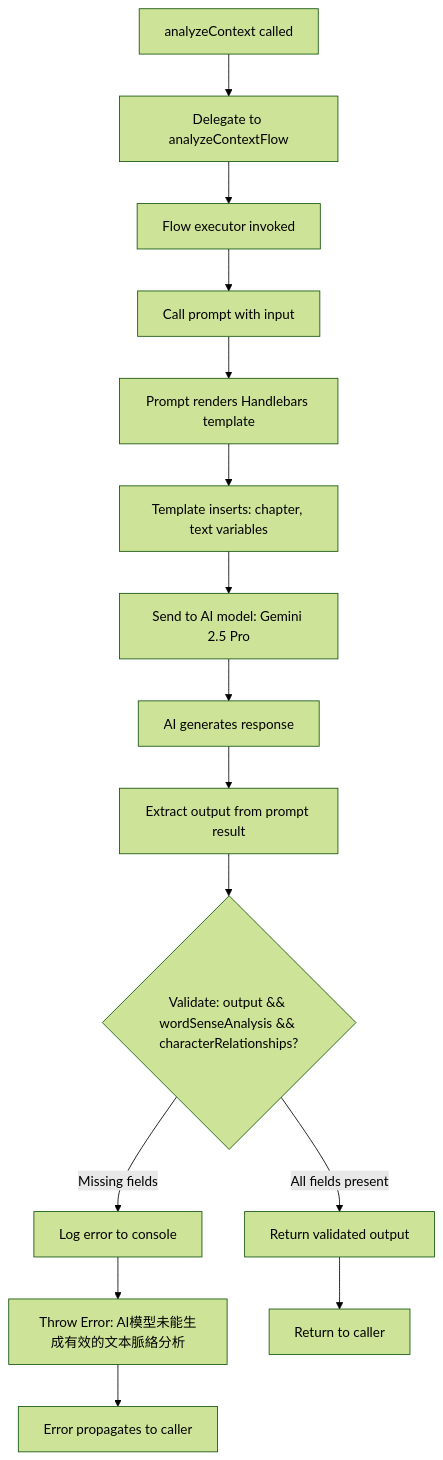
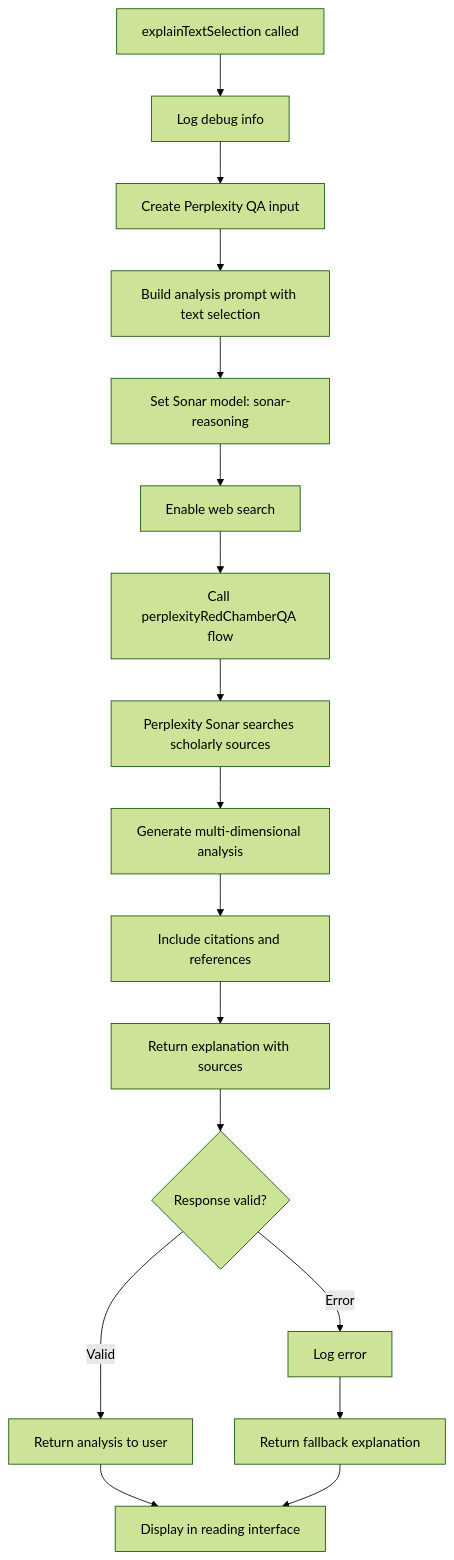
The second of 2 diagrams in docs/structure_module_infoMD/AI Flow Modules/reading-and-analysis_modules_info.md (CongJie-Pan/TheChamber_Of_RedMansion_FireBaseStudio), drawn with Mermaid (forest theme) before and after one commit. The commit also changed other lines of this file and 5 other files, not shown here.

````diff
--- a/docs/structure_module_infoMD/AI Flow Modules/reading-and-analysis_modules_info.md
+++ b/docs/structure_module_infoMD/AI Flow Modules/reading-and-analysis_modules_info.md
@@ -220,21 +189,22 @@
 ```mermaid
 flowchart TD
-    A[analyzeContext called] --> B[Delegate to analyzeContextFlow]
-    B --> C[Flow executor invoked]
-    C --> D[Call prompt with input]
-    D --> E[Prompt renders Handlebars template]
-    E --> F[Template inserts: chapter, text variables]
-    F --> G[Send to AI model: Gemini 2.5 Pro]
+    A[explainTextSelection called] --> B[Log debug info]
+    B --> C[Create Perplexity QA input]
+    C --> D[Build analysis prompt with text selection]
+    D --> E[Set Sonar model: sonar-reasoning]
+    E --> F[Enable web search]
+    F --> G[Call perplexityRedChamberQA flow]
 
-    G --> H[AI generates response]
-    H --> I[Extract output from prompt result]
+    G --> H[Perplexity Sonar searches scholarly sources]
+    H --> I[Generate multi-dimensional analysis]
+    I --> J[Include citations and references]
+    J --> K[Return explanation with sources]
 
-    I --> J{Validate: output && wordSenseAnalysis && characterRelationships?}
-    J -- Missing fields --> K[Log error to console]
-    K --> L[Throw Error: AI模型未能生成有效的文本脈絡分析]
+    K --> L{Response valid?}
+    L -- Valid --> M[Return analysis to user]
+    L -- Error --> N[Log error]
+    N --> O[Return fallback explanation]
 
-    J -- All fields present --> M[Return validated output]
-    M --> N[Return to caller]
-
-    L --> O[Error propagates to caller]
+    M --> P[Display in reading interface]
+    O --> P
 ```
````
